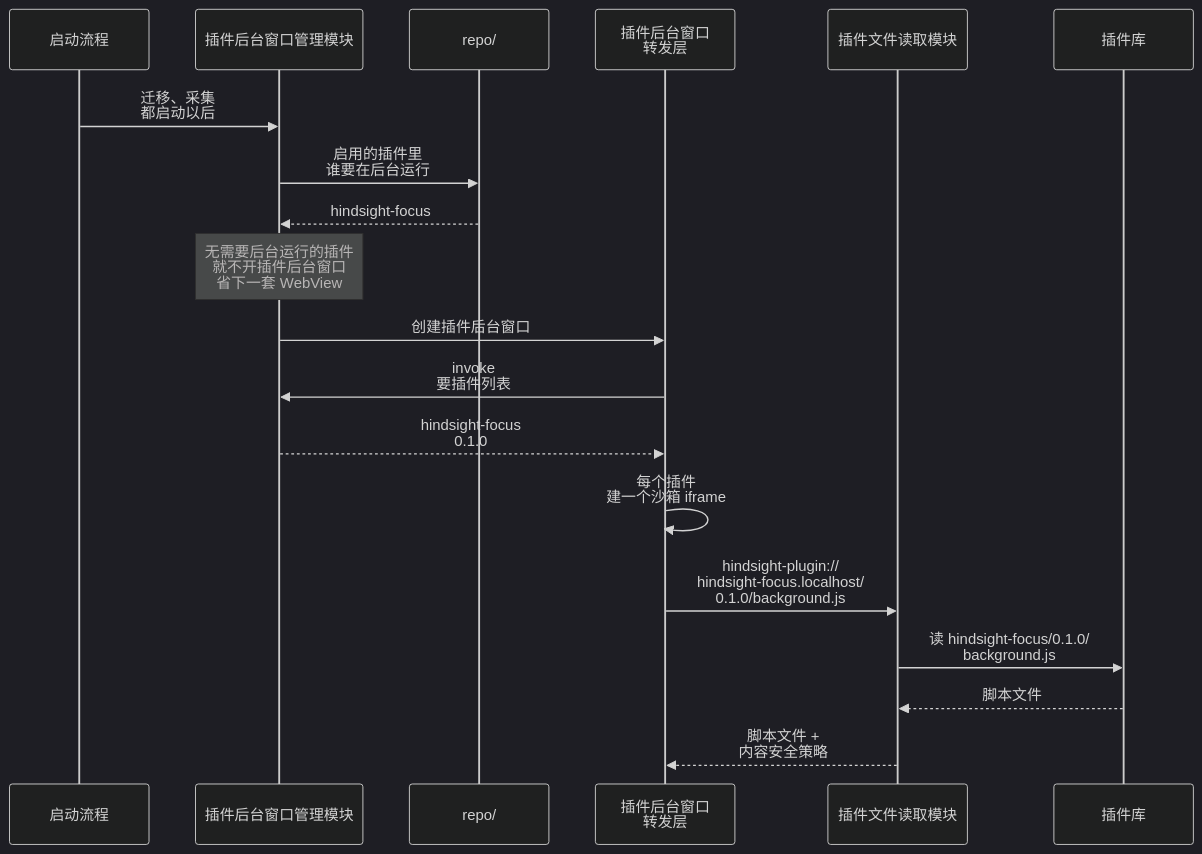
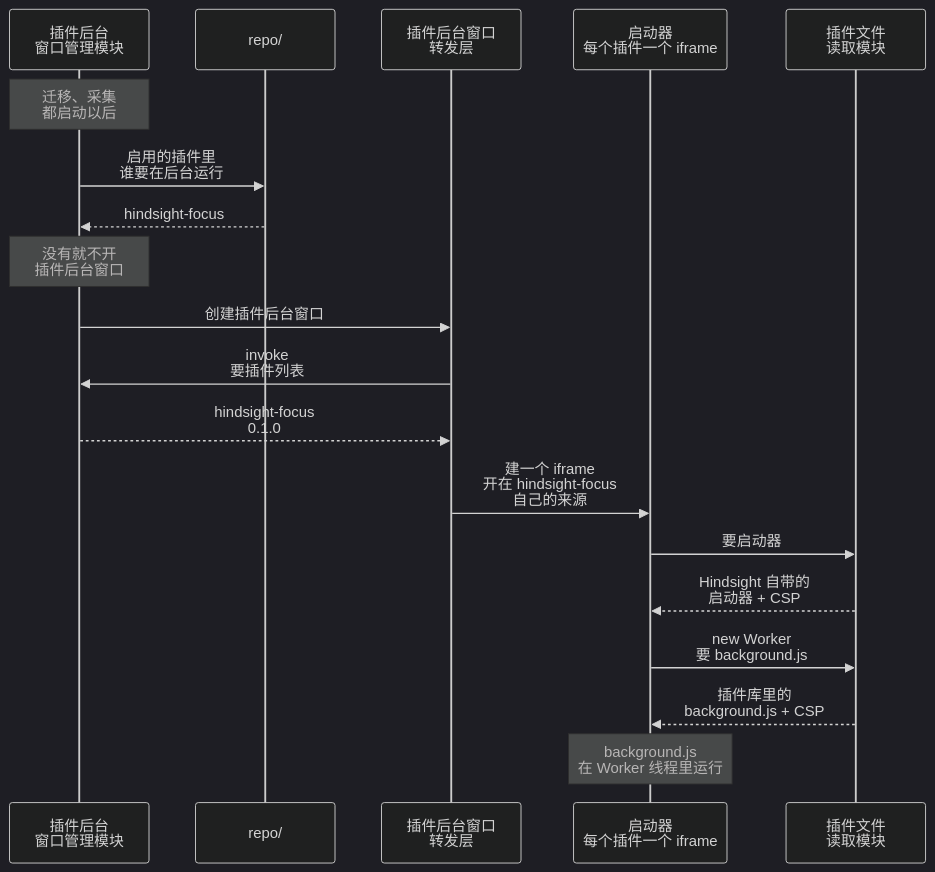
One commit to Tomotsugu-dev/Hindsight changed the second of 2 diagrams in docs/design/plugins/zh/runtime.md. Above: the diagram before and after it, drawn with Mermaid (dark theme). The commit also changed other lines of this file and 7 other files, not shown here.

````diff
--- a/docs/design/plugins/zh/runtime.md
+++ b/docs/design/plugins/zh/runtime.md
@@ -10,21 +35,21 @@
 ```mermaid
 sequenceDiagram
-  participant S as 启动流程
-  participant M as 插件后台窗口管理模块
+  participant M as 插件后台<br/>窗口管理模块
   participant R as repo/
   participant H as 插件后台窗口<br/>转发层
-  participant F as 插件文件读取模块
-  participant D as 插件库
-  S->>M: 迁移、采集<br/>都启动以后
+  participant L as 启动器<br/>每个插件一个 iframe
+  participant F as 插件文件<br/>读取模块
+  Note over M: 迁移、采集<br/>都启动以后
   M->>R: 启用的插件里<br/>谁要在后台运行
   R-->>M: hindsight-focus
-  Note over M: 无需要后台运行的插件<br/>就不开插件后台窗口<br/>省下一套 WebView
+  Note over M: 没有就不开<br/>插件后台窗口
   M->>H: 创建插件后台窗口
   H->>M: invoke<br/>要插件列表
   M-->>H: hindsight-focus<br/>0.1.0
-  H->>H: 每个插件<br/>建一个沙箱 iframe
-  H->>F: hindsight-plugin://<br/>hindsight-focus.localhost/<br/>0.1.0/background.js
-  F->>D: 读 hindsight-focus/0.1.0/<br/>background.js
-  D-->>F: 脚本文件
-  F-->>H: 脚本文件 +<br/>内容安全策略
+  H->>L: 建一个 iframe<br/>开在 hindsight-focus<br/>自己的来源
+  L->>F: 要启动器
+  F-->>L: Hindsight 自带的<br/>启动器 + CSP
+  L->>F: new Worker<br/>要 background.js
+  F-->>L: 插件库里的<br/>background.js + CSP
+  Note over L: background.js<br/>在 Worker 线程里运行
 ```
````
